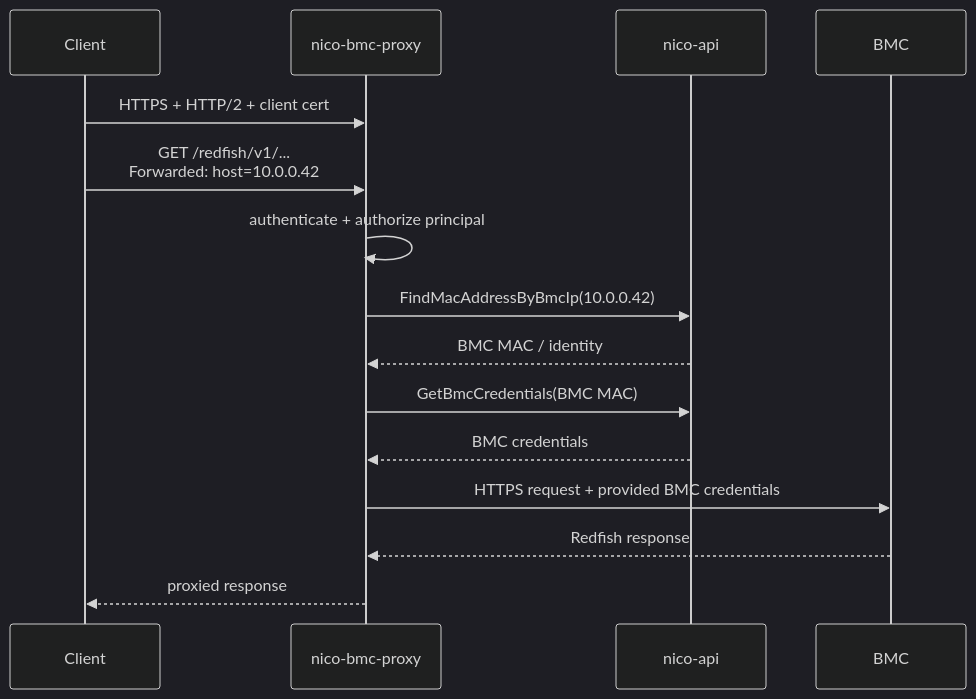
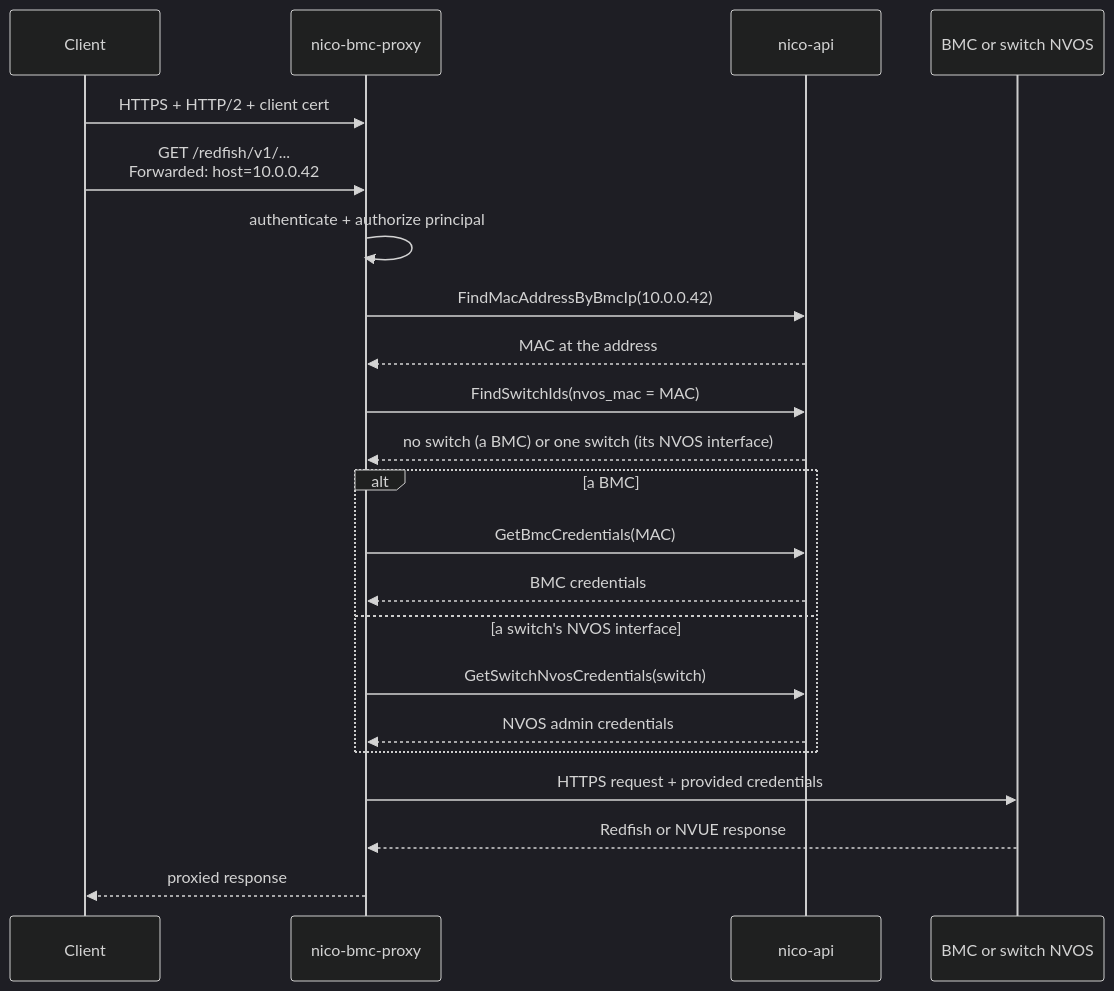
One commit to dsx-ai-factory/infra-controller changed the third of 3 diagrams in crates/bmc-proxy/README.md. Above: the diagram before and after it, drawn with Mermaid (dark theme). The commit also changed other lines of this file and 12 other files, not shown here.

Commit message:
feat: (bmc-proxy) proxy nvue traffic

````diff
--- a/crates/bmc-proxy/README.md
+++ b/crates/bmc-proxy/README.md
@@ -710,18 +717,25 @@
 ```mermaid
 sequenceDiagram
     participant Client
     participant Proxy as nico-bmc-proxy
     participant API as nico-api
-    participant BMC
+    participant BMC as BMC or switch NVOS
 
     Client->>Proxy: HTTPS + HTTP/2 + client cert
     Client->>Proxy: GET /redfish/v1/...<br/>Forwarded: host=10.0.0.42
     Proxy->>Proxy: authenticate + authorize principal
     Proxy->>API: FindMacAddressByBmcIp(10.0.0.42)
-    API-->>Proxy: BMC MAC / identity
-    Proxy->>API: GetBmcCredentials(BMC MAC)
-    API-->>Proxy: BMC credentials
-    Proxy->>BMC: HTTPS request + provided BMC credentials
-    BMC-->>Proxy: Redfish response
+    API-->>Proxy: MAC at the address
+    Proxy->>API: FindSwitchIds(nvos_mac = MAC)
+    API-->>Proxy: no switch (a BMC) or one switch (its NVOS interface)
+    alt a BMC
+        Proxy->>API: GetBmcCredentials(MAC)
+        API-->>Proxy: BMC credentials
+    else a switch's NVOS interface
+        Proxy->>API: GetSwitchNvosCredentials(switch)
+        API-->>Proxy: NVOS admin credentials
+    end
+    Proxy->>BMC: HTTPS request + provided credentials
+    BMC-->>Proxy: Redfish or NVUE response
     Proxy-->>Client: proxied response
 ```
````
